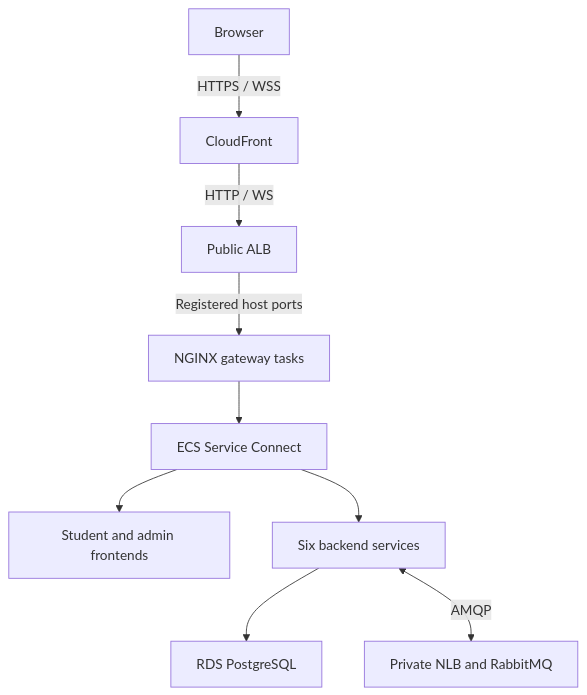
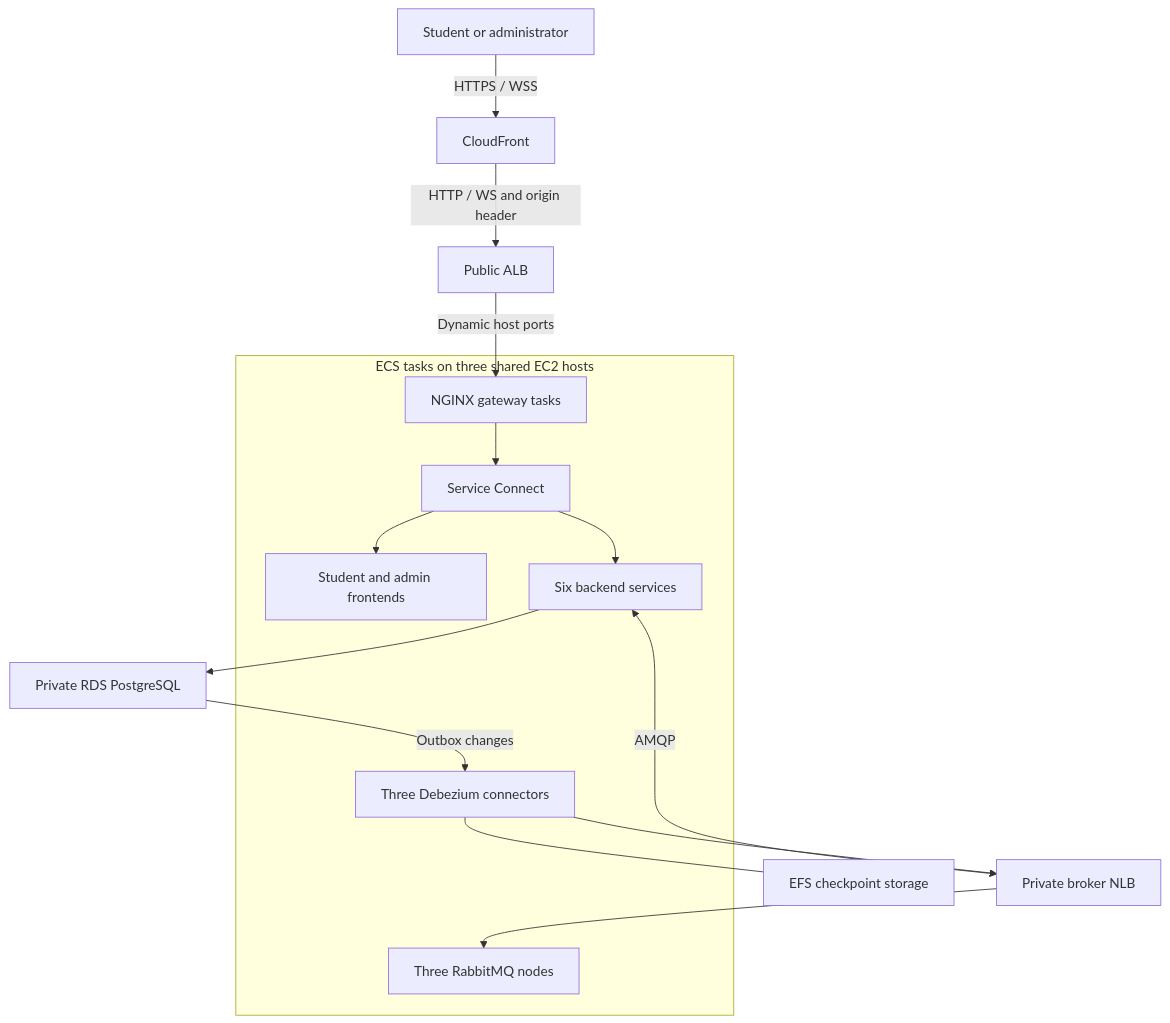
The diagram in docs/new-cloud-architecture-guide.md (AY2627S1-CS3219-P25/friend-on-campus), drawn with Mermaid before and after one commit. The commit also changed other lines of this file and 73 other files, not shown here.

````diff
--- a/docs/new-cloud-architecture-guide.md
+++ b/docs/new-cloud-architecture-guide.md
@@ -48,11 +92,19 @@
 ```mermaid
-flowchart TB
-    Browser["Browser"] -->|"HTTPS / WSS"| Edge["CloudFront"]
-    Edge -->|"HTTP / WS"| ALB["Public ALB"]
-    ALB -->|"Registered host ports"| Gateway["NGINX gateway tasks"]
-    Gateway --> Connect["ECS Service Connect"]
-    Connect --> Apps["Student and admin frontends"]
-    Connect --> APIs["Six backend services"]
-    APIs --> RDS["RDS PostgreSQL"]
-    APIs <-->|"AMQP"| Broker["Private NLB and RabbitMQ"]
+flowchart TD
+    Browser["Student or administrator"] -->|"HTTPS / WSS"| CF["CloudFront"]
+    CF -->|"HTTP / WS and origin header"| ALB["Public ALB"]
+    subgraph Fleet["ECS tasks on three shared EC2 hosts"]
+        GW["NGINX gateway tasks"] --> SC["Service Connect"]
+        SC --> UI["Student and admin frontends"]
+        SC --> API["Six backend services"]
+        CDC["Three Debezium connectors"]
+        RMQ["Three RabbitMQ nodes"]
+    end
+    ALB -->|"Dynamic host ports"| GW
+    API --> DB["Private RDS PostgreSQL"]
+    API <-->|"AMQP"| NLB["Private broker NLB"]
+    NLB --> RMQ
+    DB -->|"Outbox changes"| CDC
+    CDC --> NLB
+    CDC --- EFS["EFS checkpoint storage"]
 ```
````
